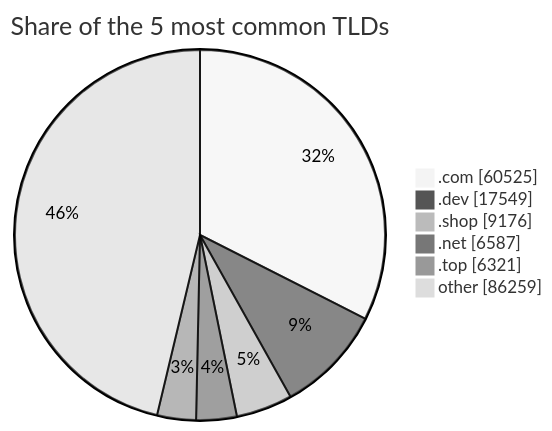
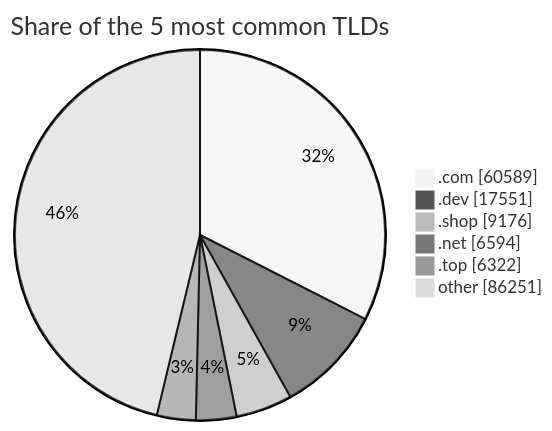
One commit to DNSBunker/CTI changed the third of 3 diagrams in README.md. Above: the diagram before and after it, drawn with Mermaid (neutral theme). The commit also changed other lines of this file and 3 other files, not shown here.

````diff
--- a/README.md
+++ b/README.md
@@ -81,9 +81,9 @@
 ```mermaid
 pie showData title Share of the 5 most common TLDs
-    ".com" : 60525
-    ".dev" : 17549
+    ".com" : 60589
+    ".dev" : 17551
     ".shop" : 9176
-    ".net" : 6587
-    ".top" : 6321
-    "other" : 86259
+    ".net" : 6594
+    ".top" : 6322
+    "other" : 86251
 ```
````
